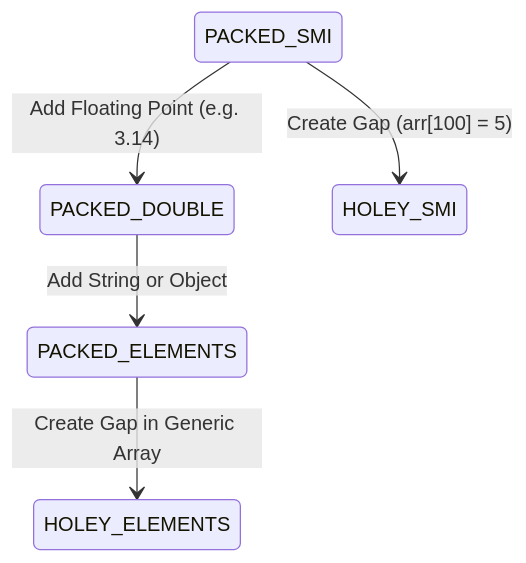
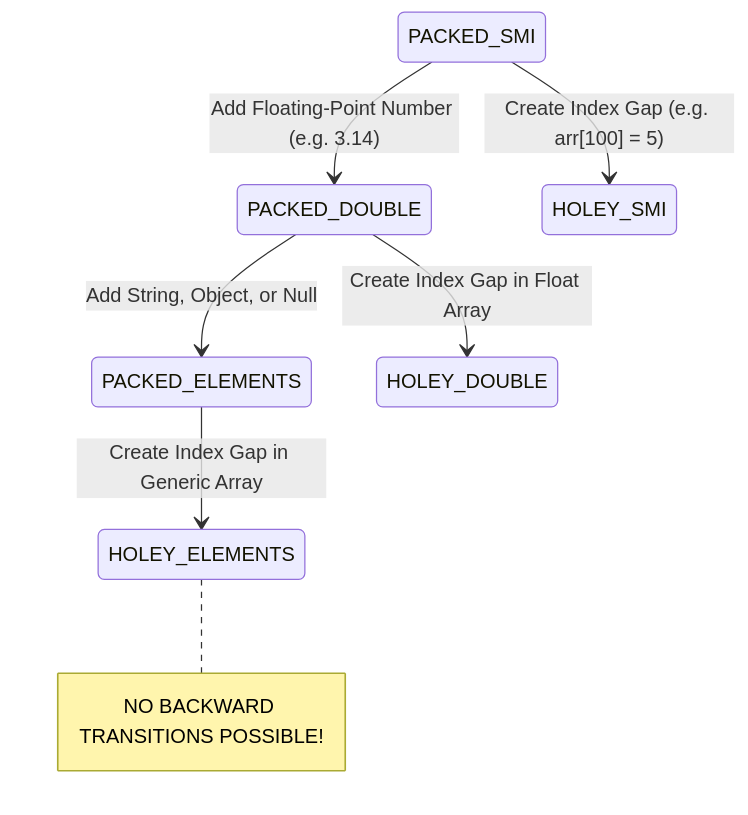
The third of 3 diagrams in js-internals/11-jit-optimization.md (Amie-dev/engineering-playbook), drawn with Mermaid before and after one commit. The commit also changed other lines of this file and 17 other files, not shown here.

````diff
--- a/js-internals/11-jit-optimization.md
+++ b/js-internals/11-jit-optimization.md
@@ -115,7 +98,11 @@
 ```mermaid
 stateDiagram-v2
-    PACKED_SMI --> PACKED_DOUBLE: Add Floating Point (e.g. 3.14)
-    PACKED_DOUBLE --> PACKED_ELEMENTS: Add String or Object
-    PACKED_SMI --> HOLEY_SMI: Create Gap (arr[100] = 5)
-    PACKED_ELEMENTS --> HOLEY_ELEMENTS: Create Gap in Generic Array
+    PACKED_SMI --> PACKED_DOUBLE: Add Floating-Point Number (e.g. 3.14)
+    PACKED_DOUBLE --> PACKED_ELEMENTS: Add String, Object, or Null
+    
+    PACKED_SMI --> HOLEY_SMI: Create Index Gap (e.g. arr[100] = 5)
+    PACKED_DOUBLE --> HOLEY_DOUBLE: Create Index Gap in Float Array
+    PACKED_ELEMENTS --> HOLEY_ELEMENTS: Create Index Gap in Generic Array
+    
+    note right of HOLEY_ELEMENTS: NO BACKWARD TRANSITIONS POSSIBLE!
 ```
````
